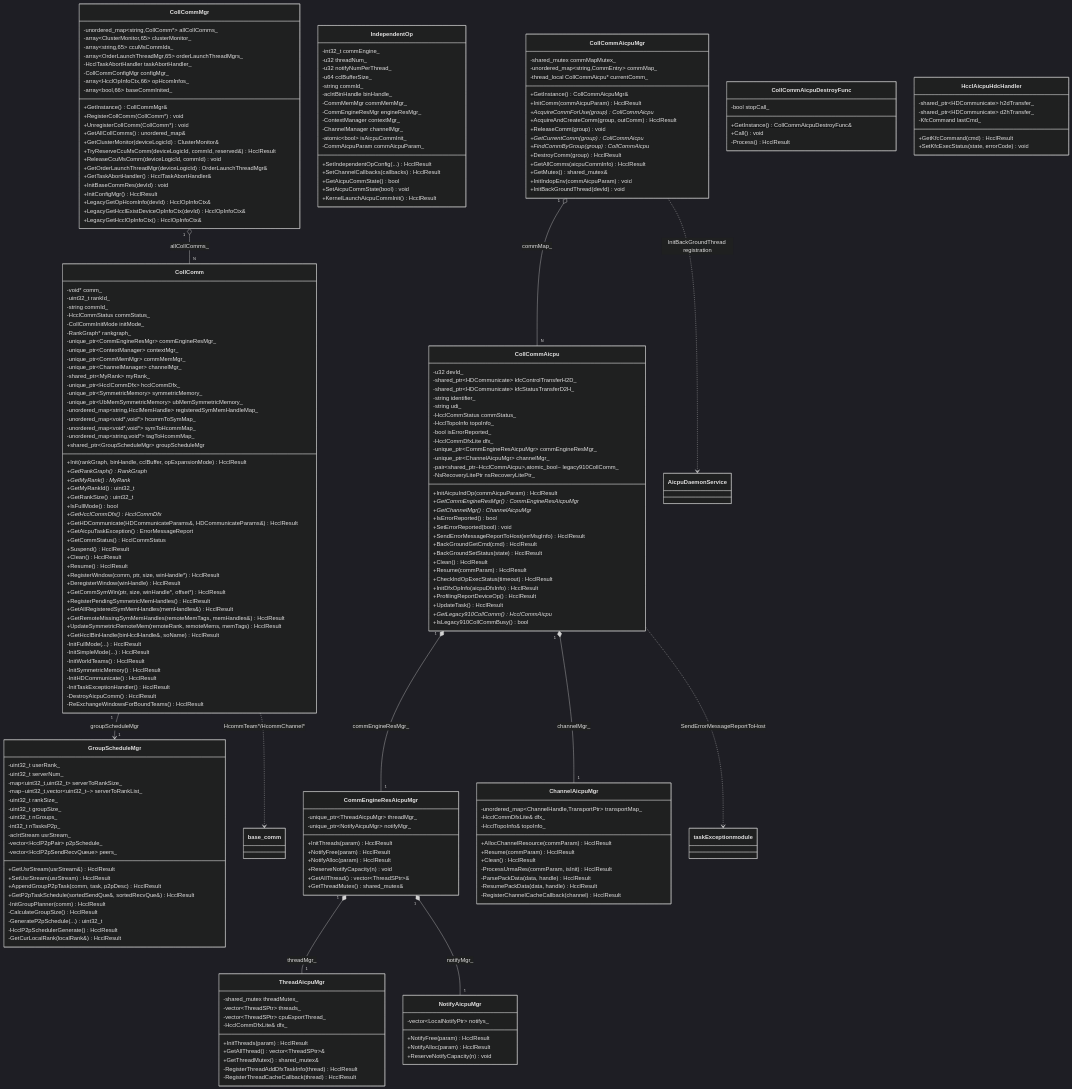
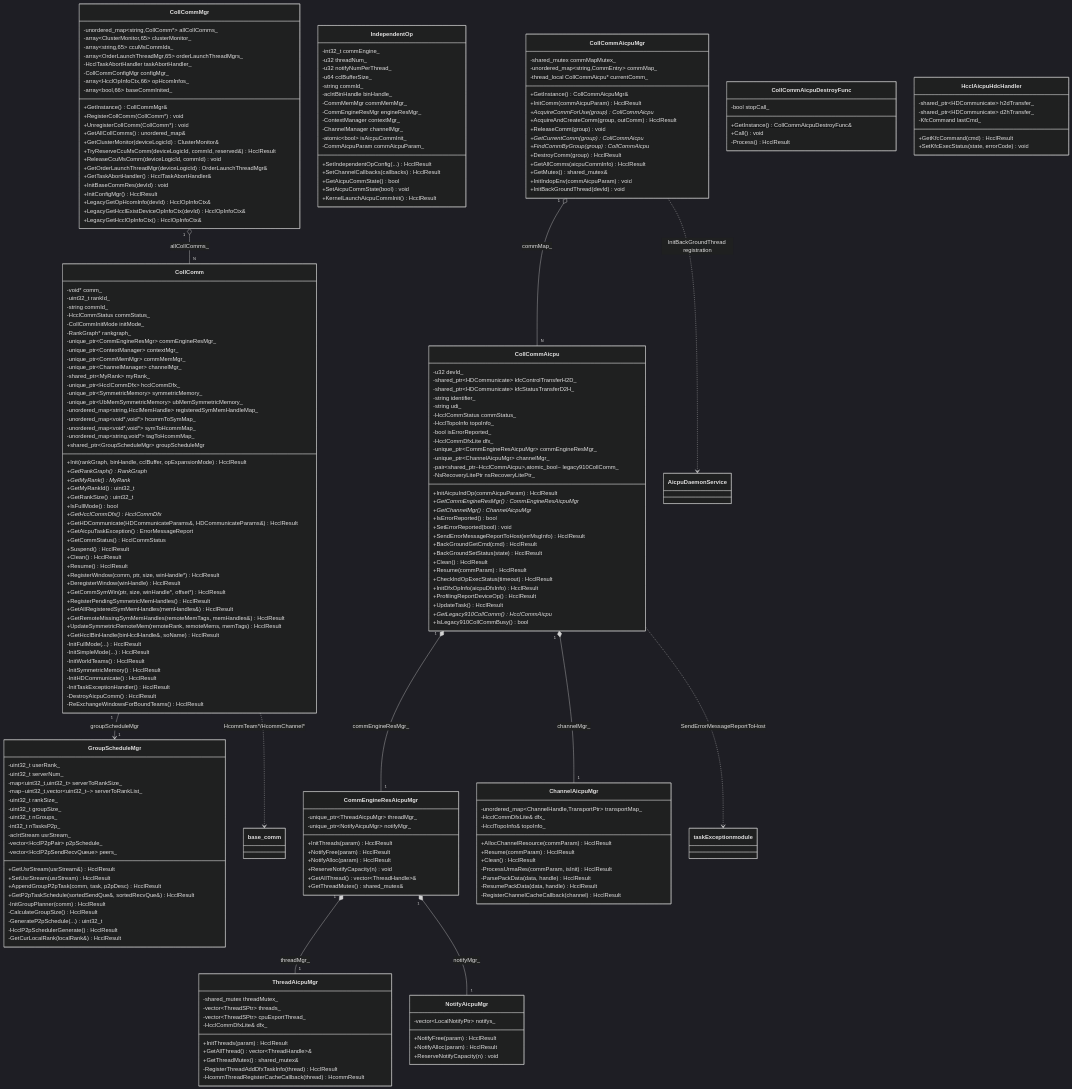
Before and after one commit to Atlas-Ascend-Fork/hcomm: diagram 12 of 12 in src/coll_communicator_mgr/communicator/communicator_en.md, drawn with Mermaid (dark theme). The commit also changed other lines of this file and 556 other files, not shown here.

```diff
--- a/src/coll_communicator_mgr/communicator/communicator_en.md
+++ b/src/coll_communicator_mgr/communicator/communicator_en.md
@@ -719,7 +719,7 @@
         +NotifyFree(param) HcclResult
         +NotifyAlloc(param) HcclResult
         +ReserveNotifyCapacity(n) void
-        +GetAllThread() vector~ThreadSPtr~&
+        +GetAllThread() vector~ThreadHandle~&
         +GetThreadMutex() shared_mutex&
     }
 
@@ -729,10 +729,10 @@
         -vector~ThreadSPtr~ cpuExportThread_
         -HcclCommDfxLite& dfx_
         +InitThreads(param) HcclResult
-        +GetAllThread() vector~ThreadSPtr~&
+        +GetAllThread() vector~ThreadHandle~&
         +GetThreadMutex() shared_mutex&
         -RegisterThreadAddDfxTaskInfo(thread) HcclResult
-        -RegisterThreadCacheCallback(thread) HcclResult
+        -HcommThreadRegisterCacheCallback(thread) HcommResult
     }
 
     class NotifyAicpuMgr {
```
